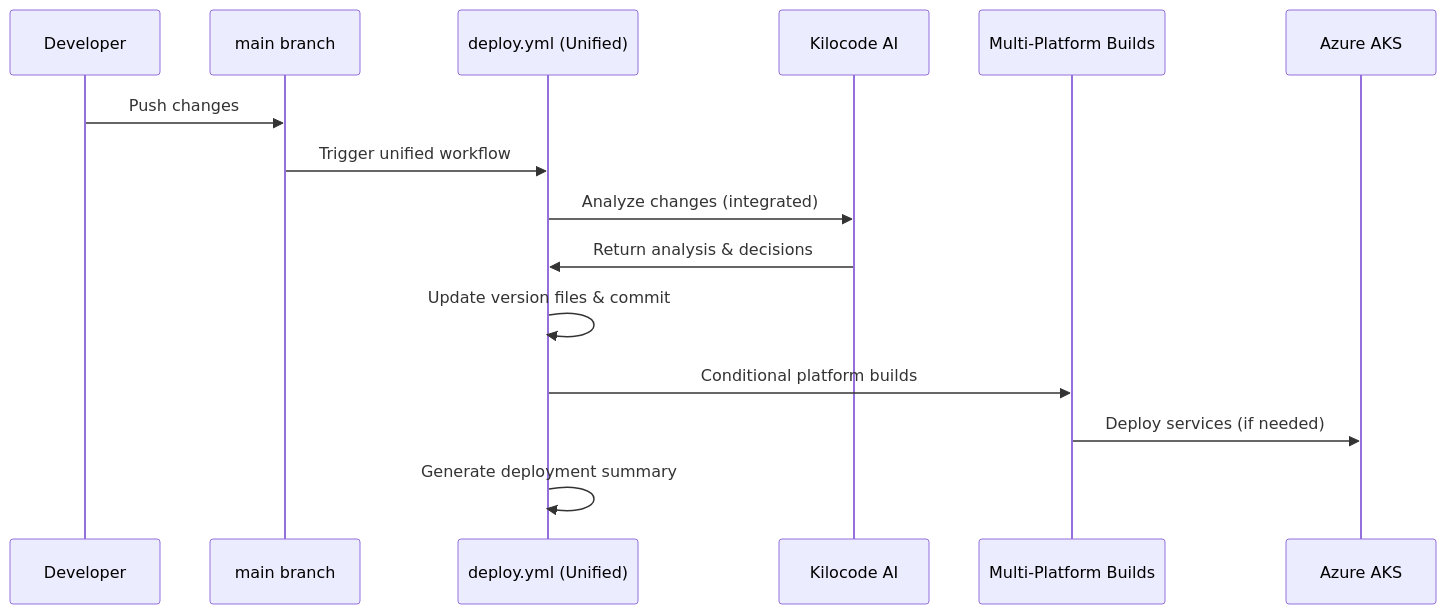
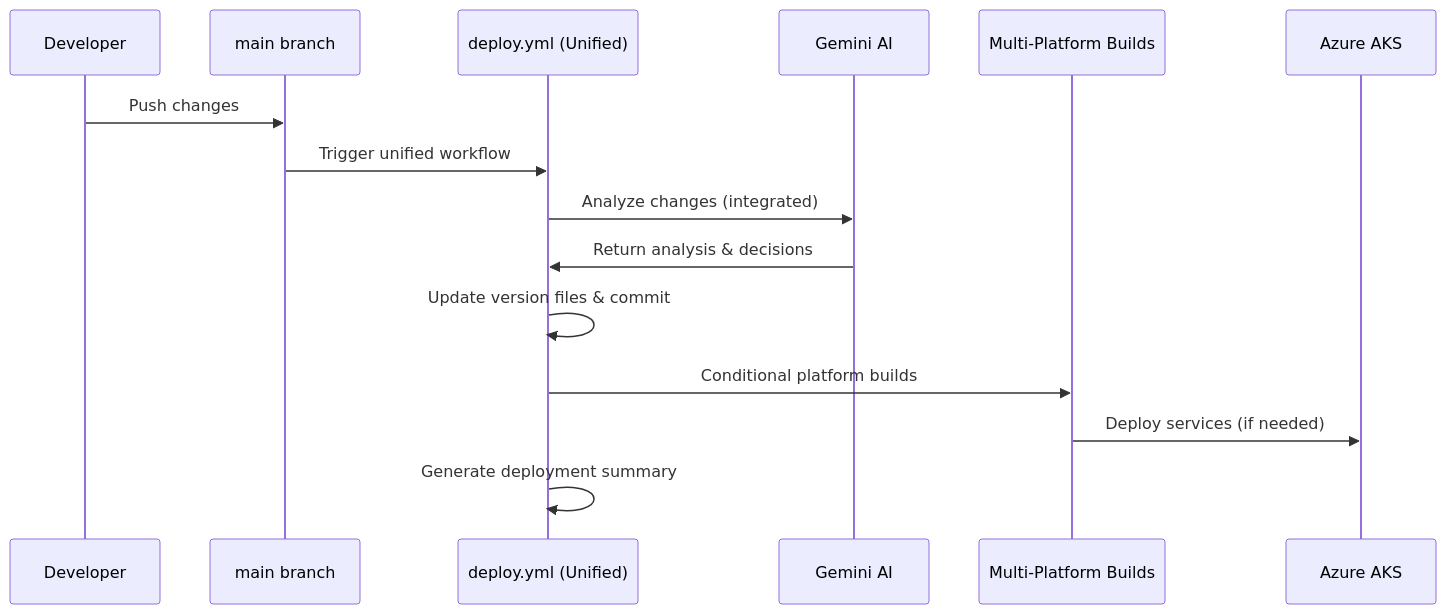
Before and after one commit to CloudToLocalLLM-online/CloudToLocalLLM: the diagram in docs/DEVELOPMENT/AI_POWERED_CICD.md, drawn with Mermaid. The commit also changed other lines of this file and 16 other files, not shown here.

Commit message:
chore: replace kilocode with gemini-cli across the project

````diff
--- a/docs/DEVELOPMENT/AI_POWERED_CICD.md
+++ b/docs/DEVELOPMENT/AI_POWERED_CICD.md
@@ -31,18 +31,18 @@
 ```mermaid
 sequenceDiagram
     participant Dev as Developer
     participant Main as main branch
     participant Deploy as deploy.yml (Unified)
-    participant AI as Kilocode AI
+    participant AI as Gemini AI
     participant Build as Multi-Platform Builds
     participant Cloud as Azure AKS
 
     Dev->>Main: Push changes
     Main->>Deploy: Trigger unified workflow
     Deploy->>AI: Analyze changes (integrated)
     AI->>Deploy: Return analysis & decisions
     Deploy->>Deploy: Update version files & commit
     Deploy->>Build: Conditional platform builds
     Build->>Cloud: Deploy services (if needed)
     Deploy->>Deploy: Generate deployment summary
 ```
````
